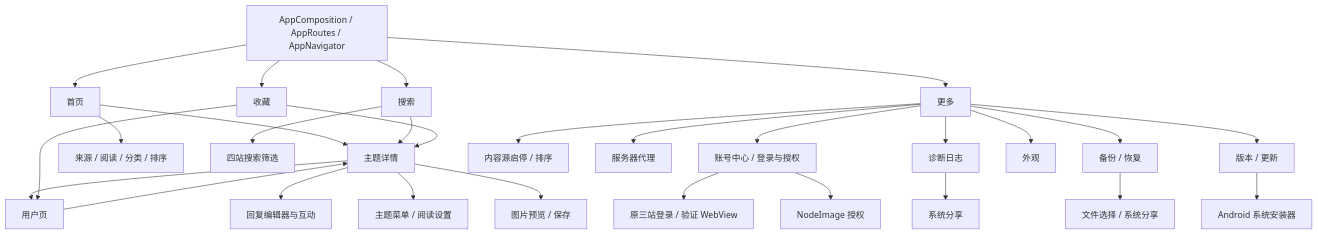
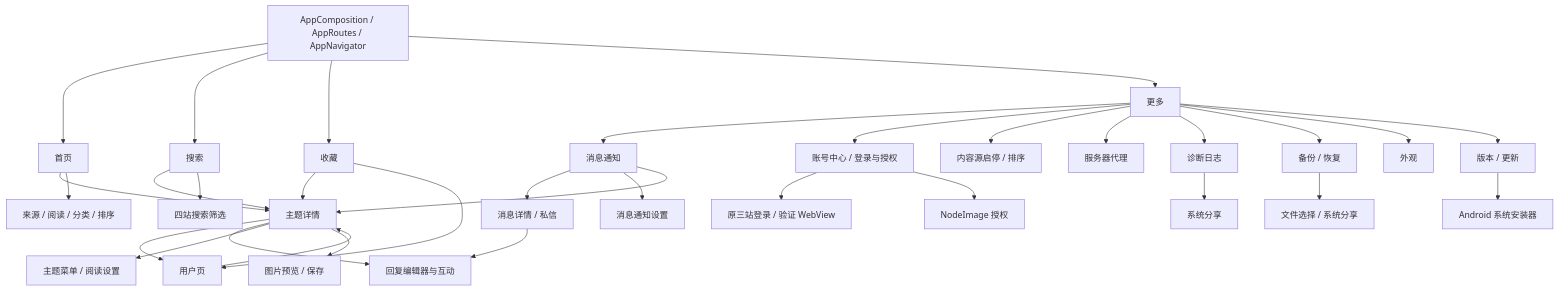
The diagram in docs/product-map.md (everythink98/wz-android), drawn with Mermaid before and after one commit. The commit also changed other lines of this file and 141 other files, not shown here.

````diff
--- a/docs/product-map.md
+++ b/docs/product-map.md
@@ -16,30 +29,35 @@
 ```mermaid
 flowchart TD
   APP["AppComposition / AppRoutes / AppNavigator"] --> FEED["首页"]
   APP --> SEARCH["搜索"]
   APP --> LIBRARY["收藏"]
   APP --> MORE["更多"]
   FEED --> TOPIC["主题详情"]
   FEED --> FEED_FILTER["来源 / 阅读 / 分类 / 排序"]
   SEARCH --> TOPIC
   SEARCH --> SEARCH_FILTER["四站搜索筛选"]
   LIBRARY --> TOPIC
   TOPIC --> USER["用户页"]
   USER --> TOPIC
   LIBRARY --> USER
   TOPIC --> COMPOSER["回复编辑器与互动"]
   TOPIC --> TOPIC_MENU["主题菜单 / 阅读设置"]
   TOPIC --> IMAGE["图片预览 / 保存"]
+  MORE --> MESSAGES["消息通知"]
+  MESSAGES --> MESSAGE_DETAIL["消息详情 / 私信"]
+  MESSAGES --> MESSAGE_SETTINGS["消息通知设置"]
+  MESSAGES --> TOPIC
+  MESSAGE_DETAIL --> COMPOSER
   MORE --> ACCOUNT["账号中心 / 登录与授权"]
   MORE --> SOURCES["内容源启停 / 排序"]
   ACCOUNT --> VERIFY["原三站登录 / 验证 WebView"]
   ACCOUNT --> NODEIMAGE["NodeImage 授权"]
   MORE --> PROXY["服务器代理"]
   MORE --> DIAG["诊断日志"]
   MORE --> BACKUP["备份 / 恢复"]
   MORE --> APPEARANCE["外观"]
   MORE --> UPDATE["版本 / 更新"]
   DIAG --> SHARE["系统分享"]
   BACKUP --> FILE_PICKER["文件选择 / 系统分享"]
   UPDATE --> INSTALLER["Android 系统安装器"]
 ```
````
